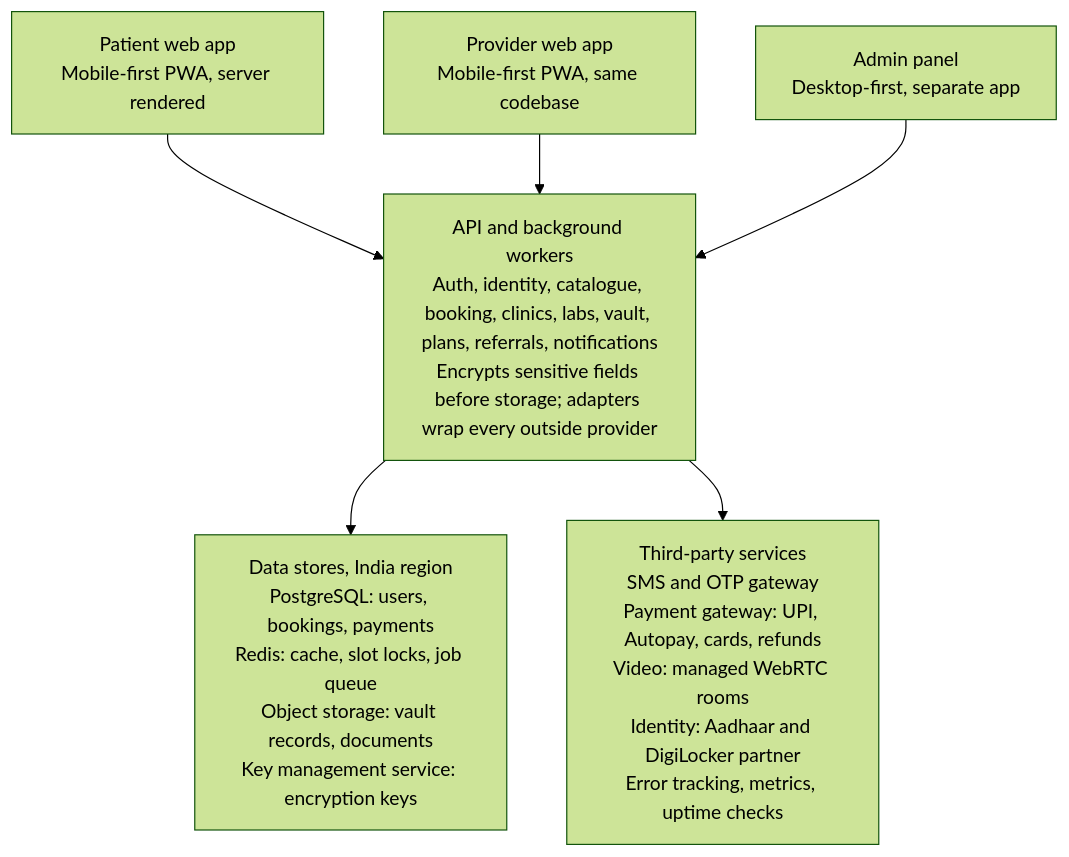
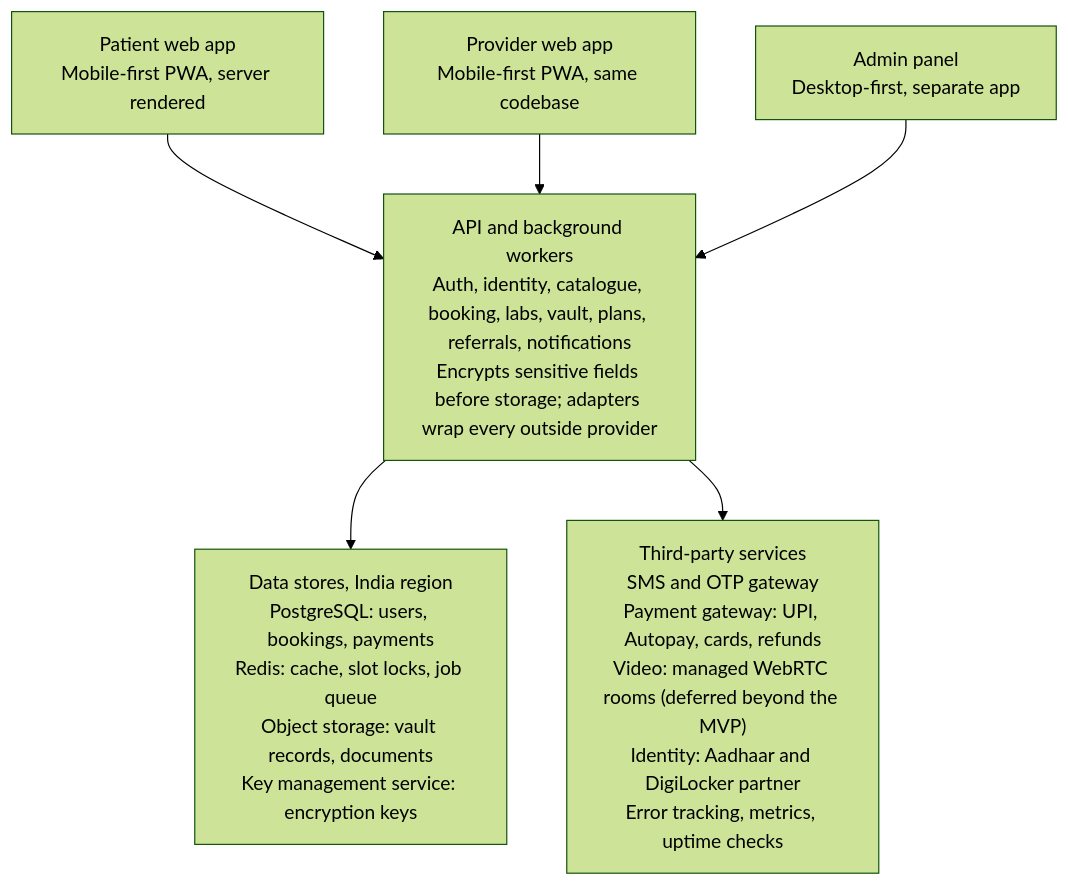
One commit to themechanicalguy/heach changed the diagram in docs/mvp-v1-requirements.md. Above: the diagram before and after it, drawn with Mermaid (forest theme). The commit also changed other lines of this file and 58 other files, not shown here.

First line of the commit message:
fix: defer online consultation and clinic appointments beyond the MVP (#100)

````diff
--- a/docs/mvp-v1-requirements.md
+++ b/docs/mvp-v1-requirements.md
@@ -621,9 +646,9 @@
 ```mermaid
 flowchart TD
     P["Patient web app<br/>Mobile-first PWA, server rendered"] --> API
     V["Provider web app<br/>Mobile-first PWA, same codebase"] --> API
     A["Admin panel<br/>Desktop-first, separate app"] --> API
-    API["API and background workers<br/>Auth, identity, catalogue, booking, clinics, labs, vault, plans, referrals, notifications<br/>Encrypts sensitive fields before storage; adapters wrap every outside provider"]
+    API["API and background workers<br/>Auth, identity, catalogue, booking, labs, vault, plans, referrals, notifications<br/>Encrypts sensitive fields before storage; adapters wrap every outside provider"]
     API --> D["Data stores, India region<br/>PostgreSQL: users, bookings, payments<br/>Redis: cache, slot locks, job queue<br/>Object storage: vault records, documents<br/>Key management service: encryption keys"]
-    API --> T["Third-party services<br/>SMS and OTP gateway<br/>Payment gateway: UPI, Autopay, cards, refunds<br/>Video: managed WebRTC rooms<br/>Identity: Aadhaar and DigiLocker partner<br/>Error tracking, metrics, uptime checks"]
+    API --> T["Third-party services<br/>SMS and OTP gateway<br/>Payment gateway: UPI, Autopay, cards, refunds<br/>Video: managed WebRTC rooms (deferred beyond the MVP)<br/>Identity: Aadhaar and DigiLocker partner<br/>Error tracking, metrics, uptime checks"]
 ```
````
